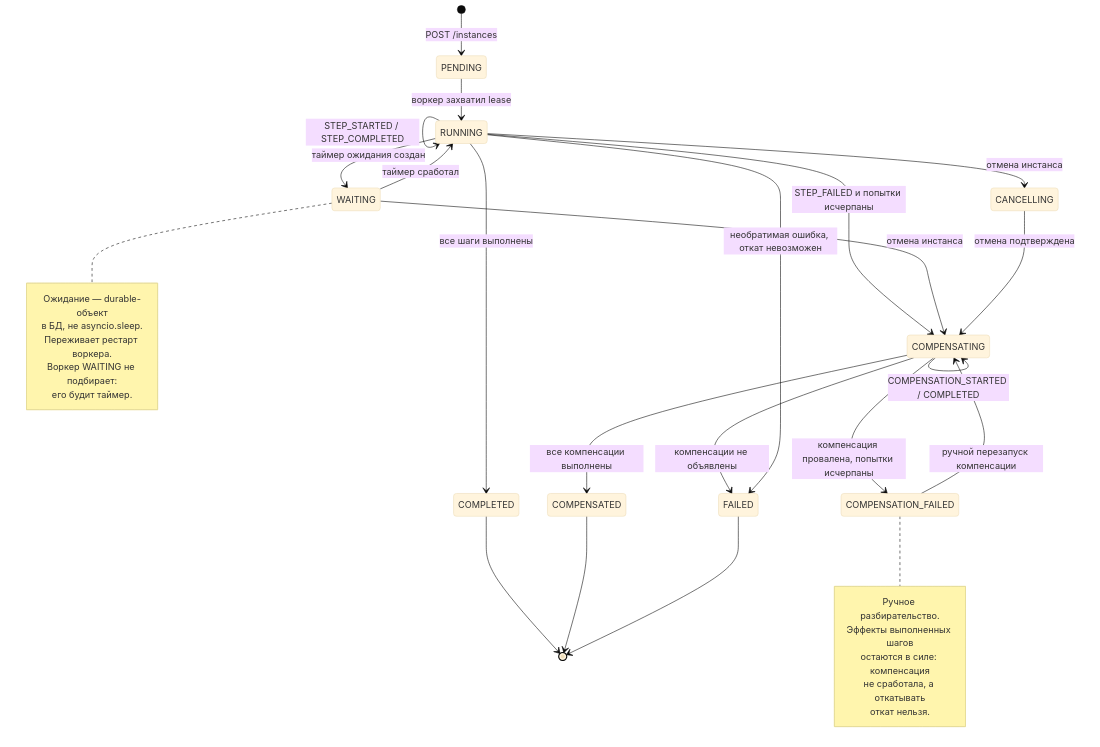
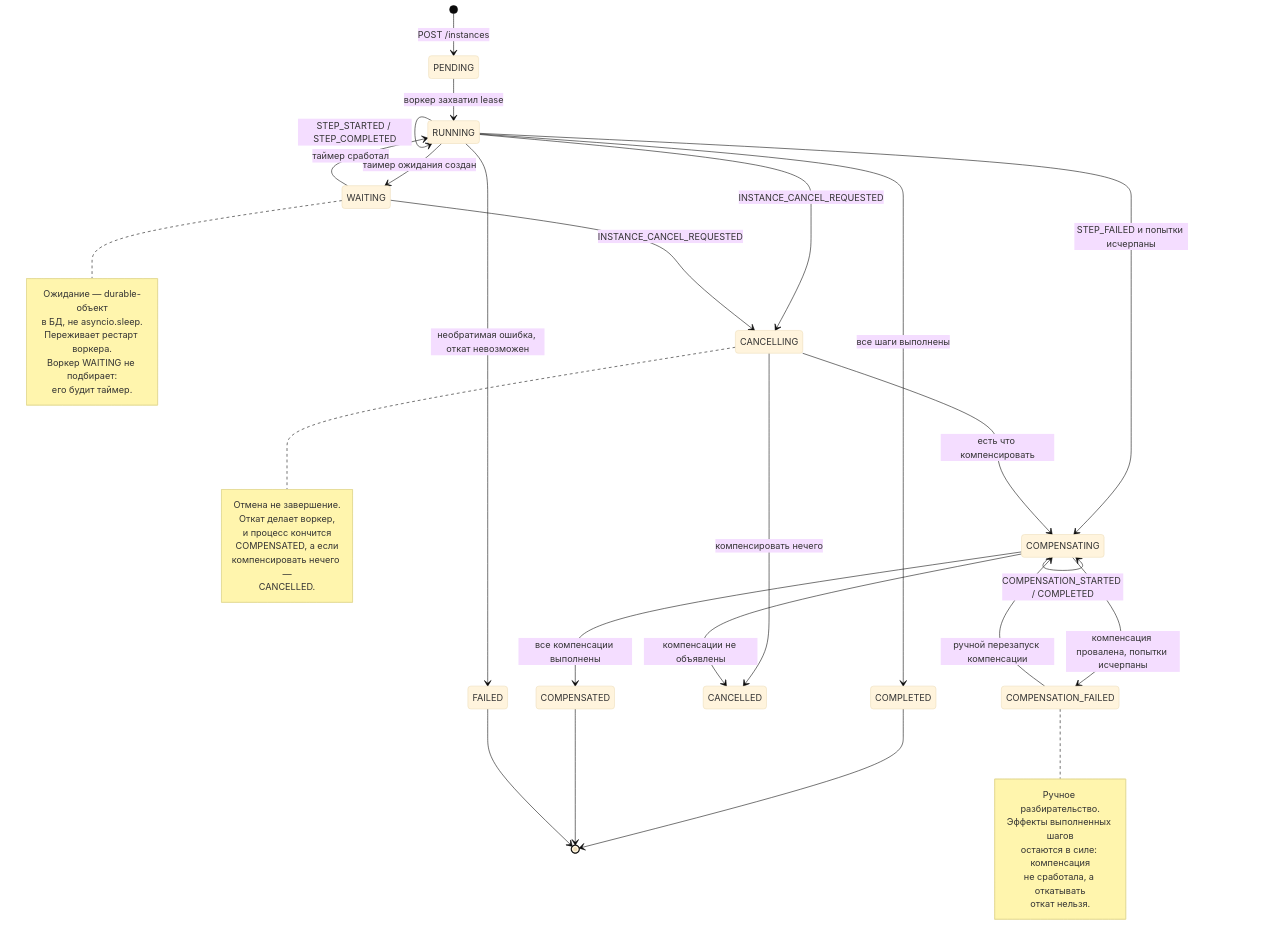
The diagram in docs/diagrams/instance-states.mmd (tolstosheev/workflow-engine), drawn with Mermaid (base theme) before and after one commit. The commit also changed 4 other files, not shown here.

```diff
--- a/docs/diagrams/instance-states.mmd
+++ b/docs/diagrams/instance-states.mmd
@@ -1,41 +1,51 @@
 stateDiagram-v2
     [*] --> PENDING: POST /instances
 
     PENDING --> RUNNING: воркер захватил lease
     RUNNING --> RUNNING: STEP_STARTED / STEP_COMPLETED
     RUNNING --> WAITING: таймер ожидания создан
     WAITING --> RUNNING: таймер сработал
 
     RUNNING --> COMPENSATING: STEP_FAILED и попытки исчерпаны
-    WAITING --> COMPENSATING: отмена инстанса
-    RUNNING --> CANCELLING: отмена инстанса
-    CANCELLING --> COMPENSATING: отмена подтверждена
+    RUNNING --> CANCELLING: INSTANCE_CANCEL_REQUESTED
+    WAITING --> CANCELLING: INSTANCE_CANCEL_REQUESTED
+    CANCELLING --> COMPENSATING: есть что компенсировать
 
     COMPENSATING --> COMPENSATING: COMPENSATION_STARTED / COMPLETED
     COMPENSATING --> COMPENSATION_FAILED: компенсация провалена, попытки исчерпаны
     COMPENSATION_FAILED --> COMPENSATING: ручной перезапуск компенсации
 
     COMPENSATING --> COMPENSATED: все компенсации выполнены
-    COMPENSATING --> FAILED: компенсации не объявлены
+    CANCELLING --> CANCELLED: компенсировать нечего
+    COMPENSATING --> CANCELLED: компенсации не объявлены
     RUNNING --> FAILED: необратимая ошибка, откат невозможен
     RUNNING --> COMPLETED: все шаги выполнены
 
     COMPLETED --> [*]
     COMPENSATED --> [*]
     FAILED --> [*]
 
     note right of COMPENSATION_FAILED
         Ручное разбирательство.
         Эффекты выполненных шагов
         остаются в силе: компенсация
         не сработала, а откатывать
         откат нельзя.
     end note
 
     note right of WAITING
         Ожидание — durable-объект
         в БД, не asyncio.sleep.
         Переживает рестарт воркера.
         Воркер WAITING не подбирает:
         его будит таймер.
     end note
+
+    note right of CANCELLING
+        Отмена не завершение.
+        Откат делает воркер,
+        и процесс кончится
+        COMPENSATED, а если
+        компенсировать нечего —
+        CANCELLED.
+    end note
```
